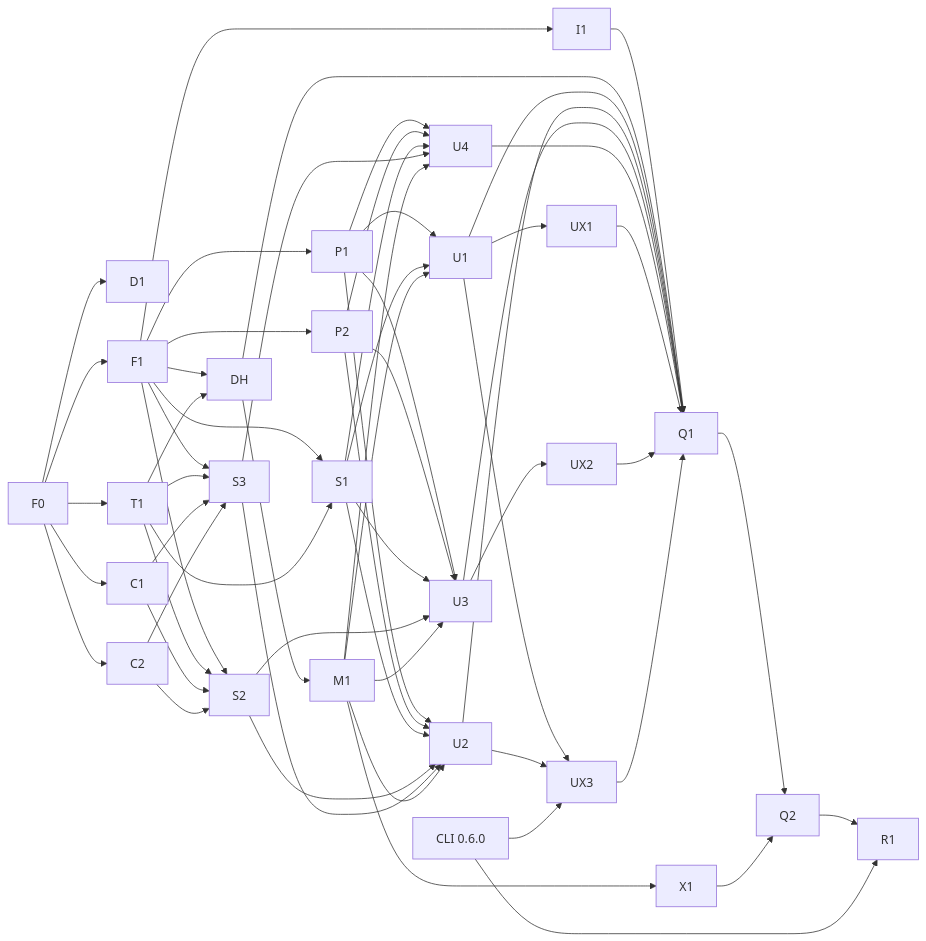
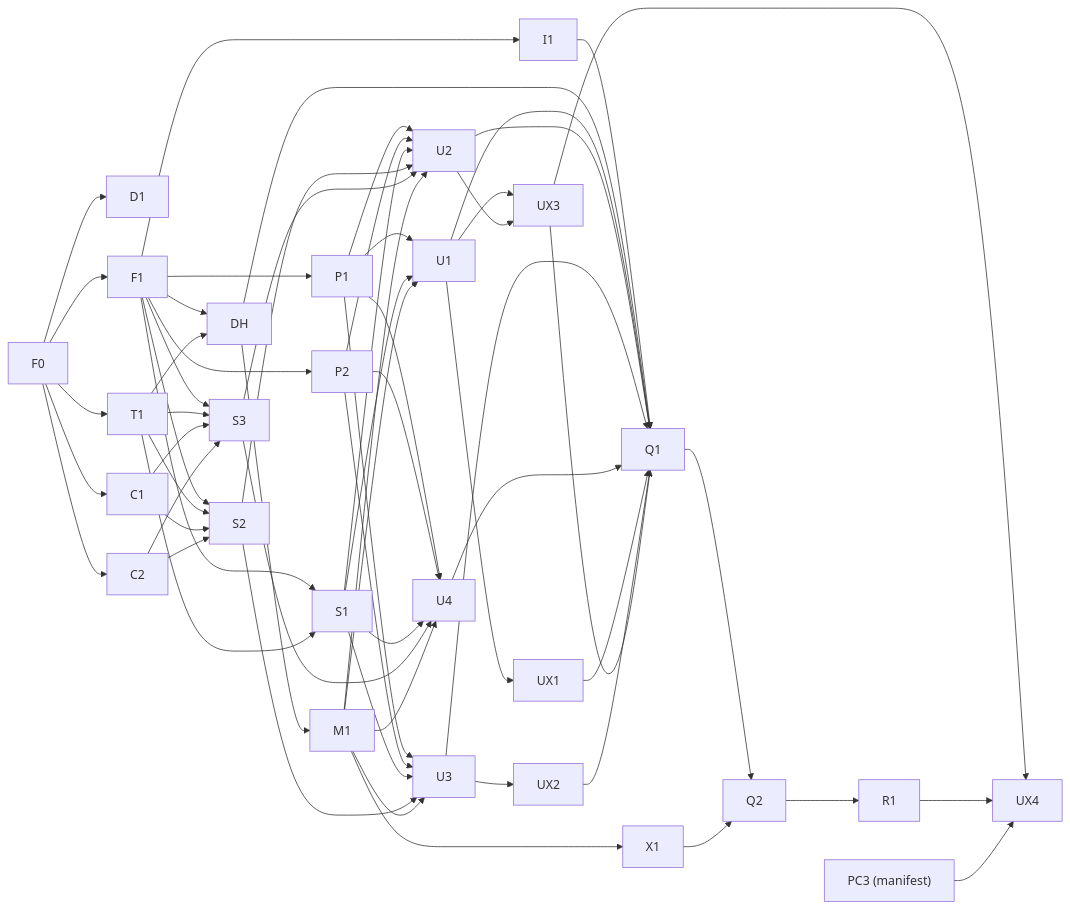
Before and after one commit to lordoleksiy/AzCfg: the second of 2 diagrams in docs/ui-mvp-plan.md, drawn with Mermaid. The commit also changed other lines of this file and 8 other files, not shown here.

First line of the commit message:
Reorder plan (UI before manifest) and release CLI 0.5.1

````diff
--- a/docs/ui-mvp-plan.md
+++ b/docs/ui-mvp-plan.md
@@ -1860,22 +1872,23 @@
 ```mermaid
 graph LR
   F0 --> D1 & C1 & C2 & T1 & F1
   F1 --> I1 & P1 & P2 & S1 & S2 & S3 & DH
   T1 --> S1 & S2 & S3 & DH
   C1 --> S2 & S3
   C2 --> S2 & S3
   P1 --> U1 & U2 & U3 & U4
   P2 --> U2 & U3 & U4
   S1 --> U1 & U2 & U3 & U4
   S2 --> U2 & U3
   S3 --> U2 & U4
   DH --> M1
   M1 --> U1 & U2 & U3 & U4 & X1
   U1 --> UX1
   U3 --> UX2
-  CLI060["CLI 0.6.0"]
-  U1 & U2 & CLI060 --> UX3
+  U1 & U2 --> UX3
   I1 & DH & U1 & U2 & U3 & U4 & UX1 & UX2 & UX3 --> Q1 --> Q2
   X1 --> Q2
-  Q2 & CLI060 --> R1
+  Q2 --> R1
+  PC3["PC3 (manifest)"]
+  UX3 & R1 & PC3 --> UX4
 ```
````
